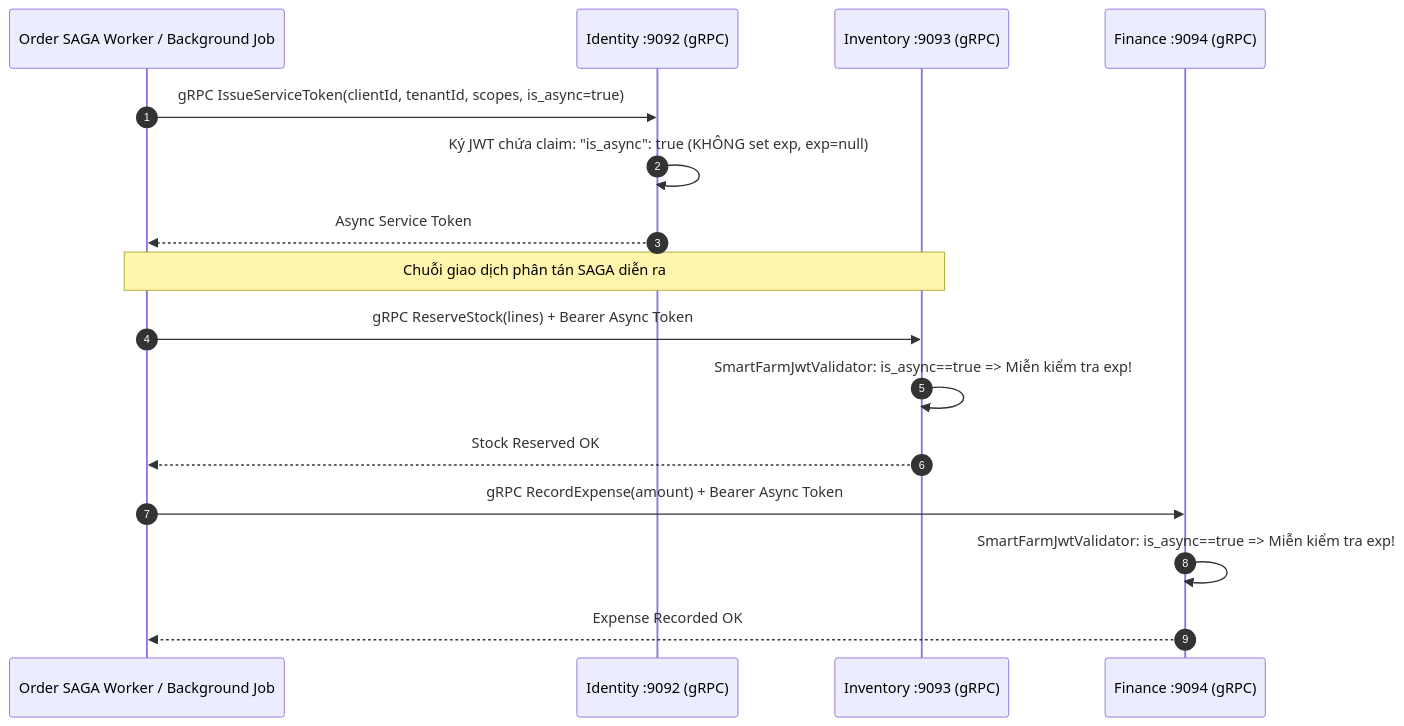
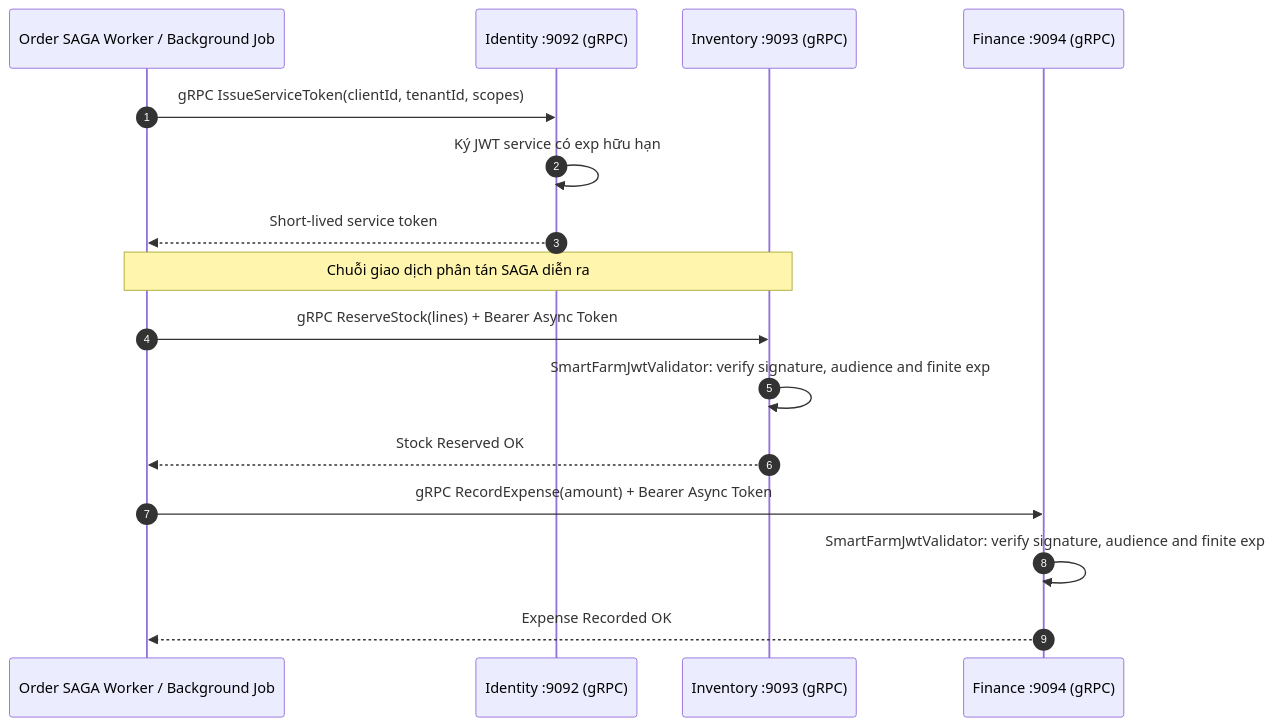
The third of 5 diagrams in docs/architecture/request-flows.md (hatrongvu13/smartfarm-platform-maven-starter), drawn with Mermaid before and after one commit. The commit also changed other lines of this file and 80 other files, not shown here.

````diff
--- a/docs/architecture/request-flows.md
+++ b/docs/architecture/request-flows.md
@@ -73,21 +73,21 @@
 ```mermaid
 sequenceDiagram
   autonumber
   participant W as Order SAGA Worker / Background Job
   participant ID as Identity :9092 (gRPC)
   participant INV as Inventory :9093 (gRPC)
   participant FIN as Finance :9094 (gRPC)
 
-  W->>ID: gRPC IssueServiceToken(clientId, tenantId, scopes, is_async=true)
-  ID->>ID: Ký JWT chứa claim: "is_async": true (KHÔNG set exp, exp=null)
-  ID-->>W: Async Service Token
+  W->>ID: gRPC IssueServiceToken(clientId, tenantId, scopes)
+  ID->>ID: Ký JWT service có exp hữu hạn
+  ID-->>W: Short-lived service token
 
   Note over W,INV: Chuỗi giao dịch phân tán SAGA diễn ra
   W->>INV: gRPC ReserveStock(lines) + Bearer Async Token
-  INV->>INV: SmartFarmJwtValidator: is_async==true => Miễn kiểm tra exp!
+  INV->>INV: SmartFarmJwtValidator: verify signature, audience and finite exp
   INV-->>W: Stock Reserved OK
 
   W->>FIN: gRPC RecordExpense(amount) + Bearer Async Token
-  FIN->>FIN: SmartFarmJwtValidator: is_async==true => Miễn kiểm tra exp!
+  FIN->>FIN: SmartFarmJwtValidator: verify signature, audience and finite exp
   FIN-->>W: Expense Recorded OK
 ```
````
